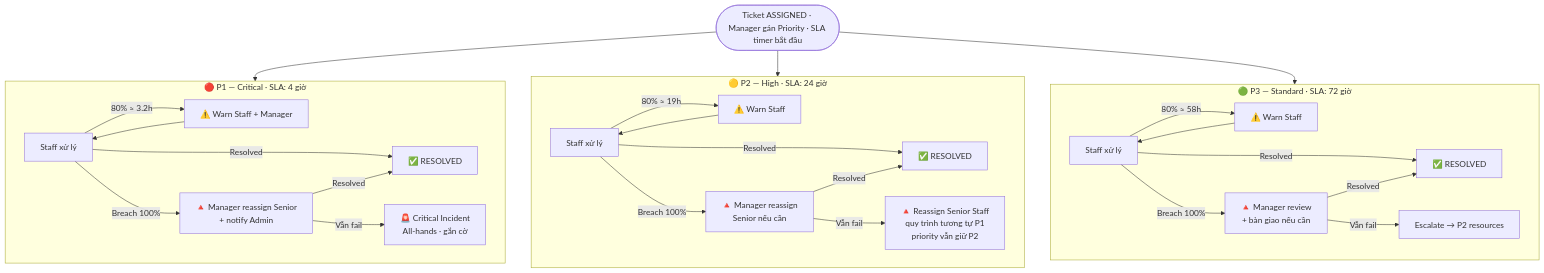
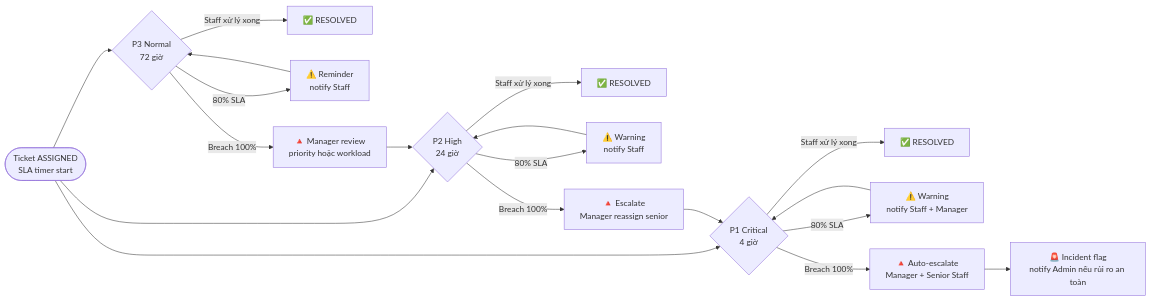
One commit to GSU26SE55/backend changed the fourth of 8 diagrams in .claude/docs/core-business-flow.md. Above: the diagram before and after it, drawn with Mermaid. The commit also changed other lines of this file and 3 other files, not shown here.

````diff
--- a/.claude/docs/core-business-flow.md
+++ b/.claude/docs/core-business-flow.md
@@ -266,36 +298,26 @@
 ```mermaid
-flowchart TB
-    Start([Ticket ASSIGNED · Manager gán Priority · SLA timer bắt đầu])
+flowchart LR
+    Start([Ticket ASSIGNED<br/>SLA timer start])
 
-    Start --> track1 & track2 & track3
+    Start --> P1{P1 Critical<br/>4 giờ}
+    P1 -->|Staff xử lý xong| OK1[✅ RESOLVED]
+    P1 -->|80% SLA| W1[⚠️ Warning<br/>notify Staff + Manager]
+    W1 --> P1
+    P1 -->|Breach 100%| E1[🔺 Auto-escalate<br/>Manager + Senior Staff]
 
-    subgraph track1["🔴 P1 — Critical · SLA: 4 giờ"]
-        direction LR
-        P1a[Staff xử lý] -->|Resolved| P1ok[✅ RESOLVED]
-        P1a -->|80% ≈ 3.2h| P1w[⚠️ Warn Staff + Manager]
-        P1w --> P1a
-        P1a -->|Breach 100%| P1b[🔺 Manager reassign Senior<br/>+ notify Admin]
-        P1b -->|Resolved| P1ok
-        P1b -->|Vẫn fail| P1cr[🚨 Critical Incident<br/>All-hands · gắn cờ]
-    end
+    Start --> P2{P2 High<br/>24 giờ}
+    P2 -->|Staff xử lý xong| OK2[✅ RESOLVED]
+    P2 -->|80% SLA| W2[⚠️ Warning<br/>notify Staff]
+    W2 --> P2
+    P2 -->|Breach 100%| E2[🔺 Escalate<br/>Manager reassign senior]
 
-    subgraph track2["🟡 P2 — High · SLA: 24 giờ"]
-        direction LR
-        P2a[Staff xử lý] -->|Resolved| P2ok[✅ RESOLVED]
-        P2a -->|80% ≈ 19h| P2w[⚠️ Warn Staff]
-        P2w --> P2a
-        P2a -->|Breach 100%| P2b[🔺 Manager reassign<br/>Senior nếu cần]
-        P2b -->|Resolved| P2ok
-        P2b -->|Vẫn fail| P2cr[🔺 Reassign Senior Staff<br/>quy trình tương tự P1<br/>priority vẫn giữ P2]
-    end
+    Start --> P3{P3 Normal<br/>72 giờ}
+    P3 -->|Staff xử lý xong| OK3[✅ RESOLVED]
+    P3 -->|80% SLA| W3[⚠️ Reminder<br/>notify Staff]
+    W3 --> P3
+    P3 -->|Breach 100%| E3[🔺 Manager review<br/>priority hoặc workload]
 
-    subgraph track3["🟢 P3 — Standard · SLA: 72 giờ"]
-        direction LR
-        P3a[Staff xử lý] -->|Resolved| P3ok[✅ RESOLVED]
-        P3a -->|80% ≈ 58h| P3w[⚠️ Warn Staff]
-        P3w --> P3a
-        P3a -->|Breach 100%| P3b[🔺 Manager review<br/>+ bàn giao nếu cần]
-        P3b -->|Resolved| P3ok
-        P3b -->|Vẫn fail| P3cr[Escalate → P2 resources]
-    end
+    E1 --> Critical[🚨 Incident flag<br/>notify Admin nếu rủi ro an toàn]
+    E2 --> P1
+    E3 --> P2
 ```
````
